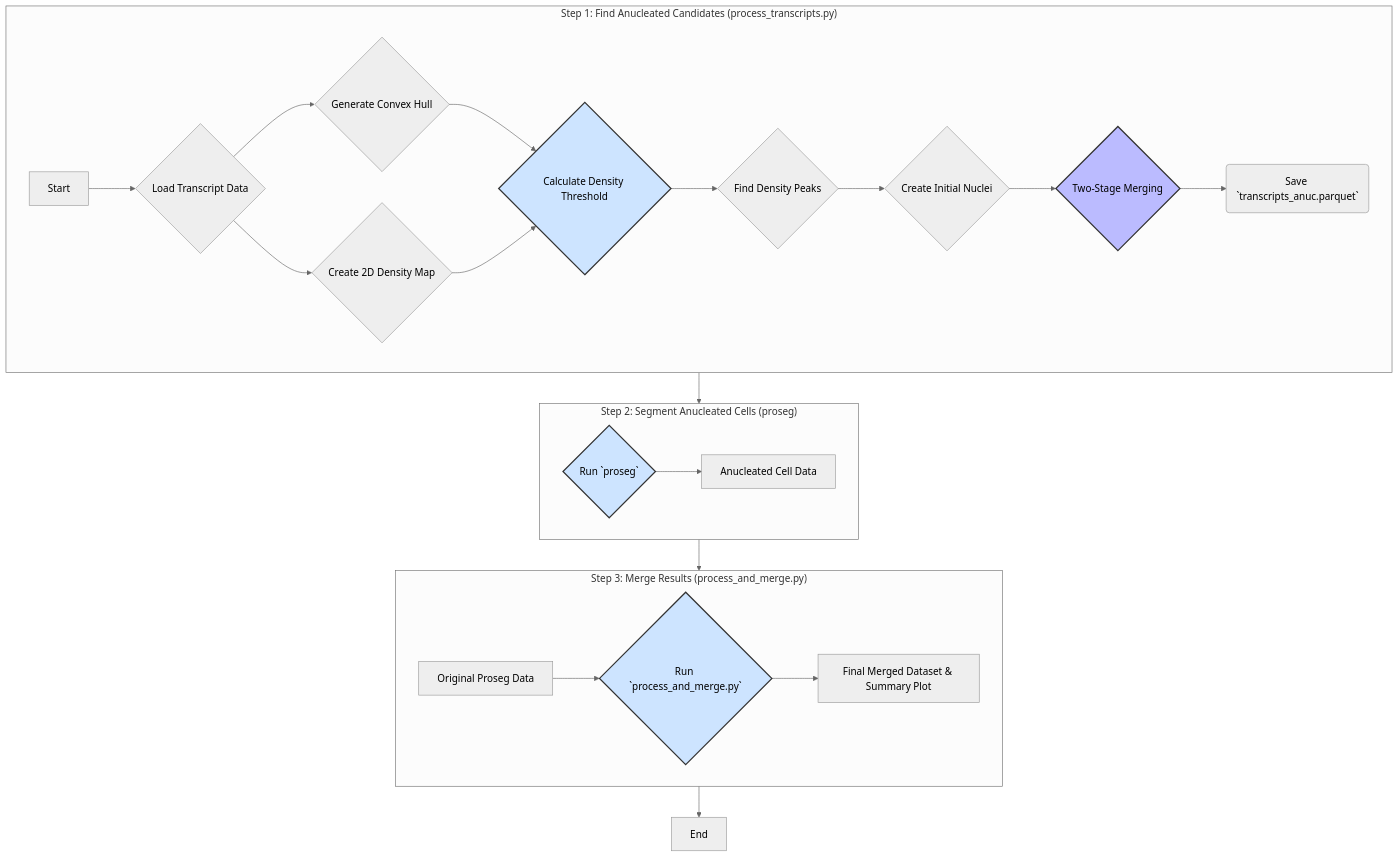
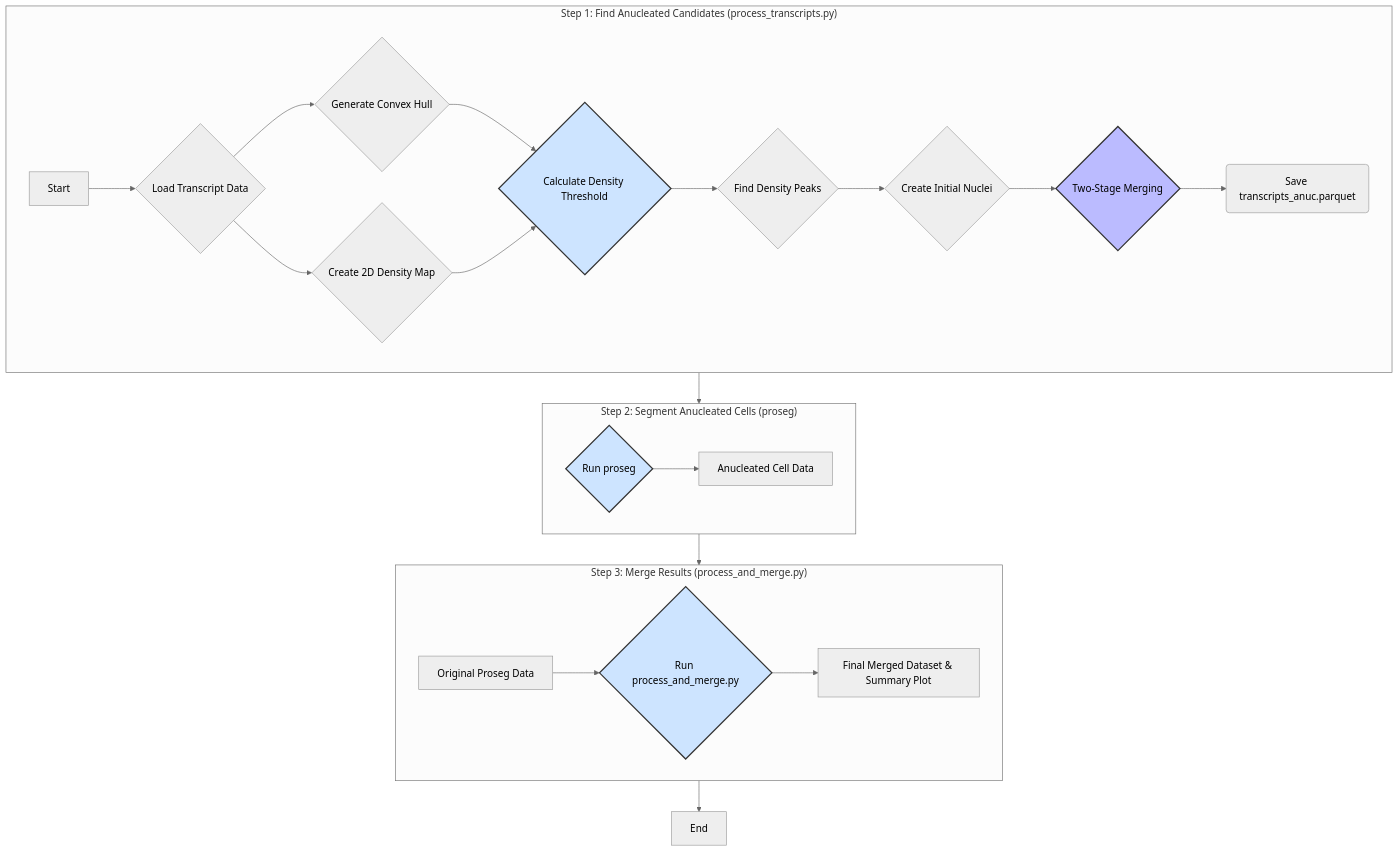
The diagram in README.md (djhfknapp/anucleated-cell-finder), drawn with Mermaid (neutral theme) before and after one commit.

Commit message:
fixed mermaid diagram README.md

````diff
--- a/README.md
+++ b/README.md
@@ -20,34 +20,34 @@
 ```mermaid
 graph TD
     subgraph "Step 1: Find Anucleated Candidates (process_transcripts.py)"
         direction LR
         A[Start] --> B{Load Transcript Data};
         B --> C{Generate Convex Hull};
         B --> D{Create 2D Density Map};
         C & D --> E{Calculate Density Threshold};
         E --> F{Find Density Peaks};
         F --> G{Create Initial Nuclei};
         G --> H{Two-Stage Merging};
-        H --> I(Save `transcripts_anuc.parquet`);
+        H --> I(Save transcripts_anuc.parquet);
     end
 
     subgraph "Step 2: Segment Anucleated Cells (proseg)"
         direction LR
-        I --> J{Run `proseg`};
+        I --> J{Run proseg};
         J --> K[Anucleated Cell Data];
     end
 
     subgraph "Step 3: Merge Results (process_and_merge.py)"
         direction LR
-        L[Original Proseg Data] --> M{Run `process_and_merge.py`};
+        L[Original Proseg Data] --> M{Run process_and_merge.py};
         K --> M;
         M --> N[Final Merged Dataset & Summary Plot];
     end
 
     N --> O[End];
 
     style E fill:#cde4ff,stroke:#333,stroke-width:2px
     style H fill:#bbf,stroke:#333,stroke-width:2px
     style J fill:#cde4ff,stroke:#333,stroke-width:2px
     style M fill:#cde4ff,stroke:#333,stroke-width:2px
 ```
````
